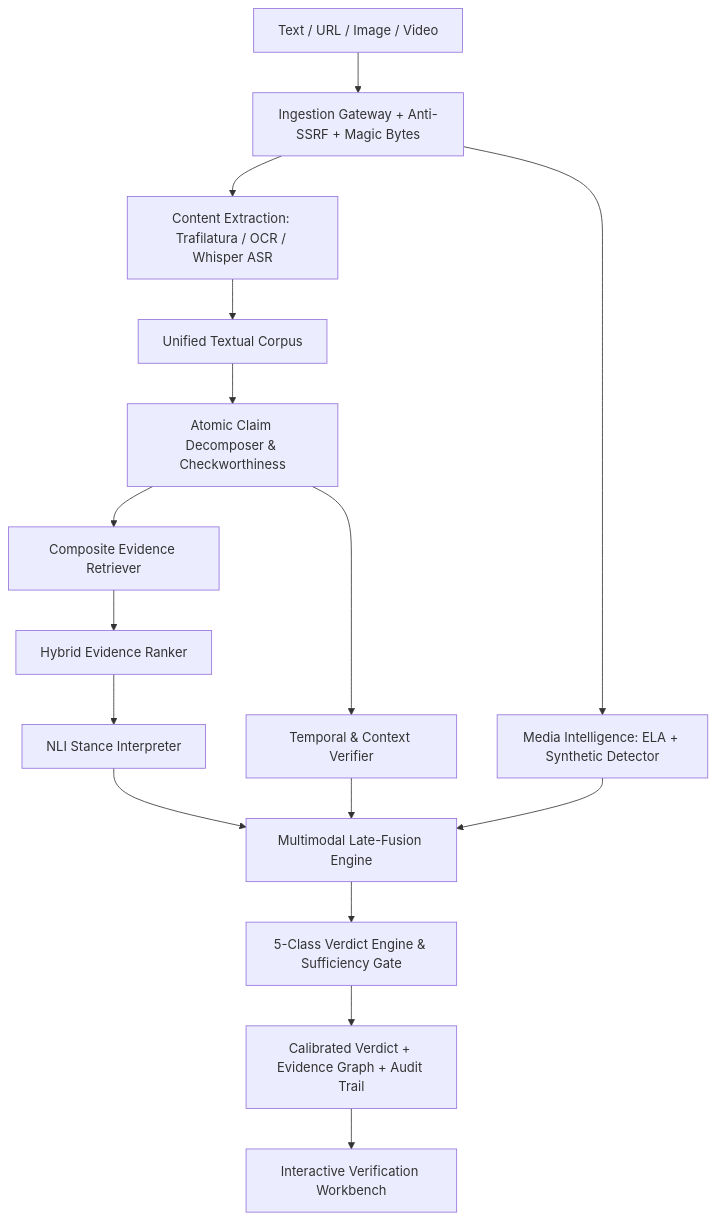
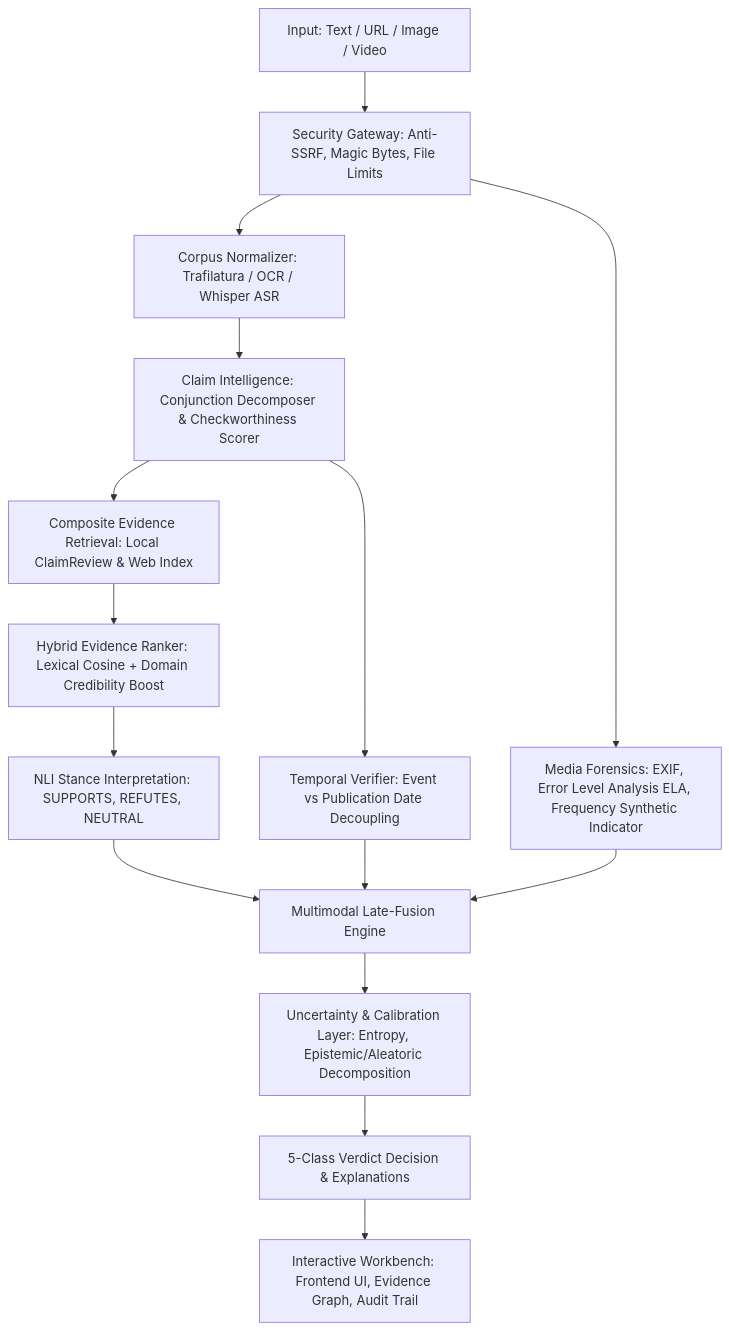
One commit to vkdevz/TruthLab_v2 changed the diagram in README.md. Above: the diagram before and after it, drawn with Mermaid. The commit also changed other lines of this file and 2 other files, not shown here.

````diff
--- a/README.md
+++ b/README.md
@@ -41,21 +67,20 @@
 ```mermaid
 flowchart TD
-    User[Text / URL / Image / Video] --> Ingest[Ingestion Gateway + Anti-SSRF + Magic Bytes]
-    Ingest --> Content[Content Extraction: Trafilatura / OCR / Whisper ASR]
-    Content --> Corpus[Unified Textual Corpus]
-    Corpus --> Claims[Atomic Claim Decomposer & Checkworthiness]
-    Claims --> Retrieve[Composite Evidence Retriever]
-    Retrieve --> Rank[Hybrid Evidence Ranker]
-    Rank --> NLI[NLI Stance Interpreter]
+    A[Input: Text / URL / Image / Video] --> B[Security Gateway: Anti-SSRF, Magic Bytes, File Limits]
+    B --> C[Corpus Normalizer: Trafilatura / OCR / Whisper ASR]
+    C --> D[Claim Intelligence: Conjunction Decomposer & Checkworthiness Scorer]
+    D --> E[Composite Evidence Retrieval: Local ClaimReview & Web Index]
+    E --> F[Hybrid Evidence Ranker: Lexical Cosine + Domain Credibility Boost]
+    F --> G[NLI Stance Interpretation: SUPPORTS, REFUTES, NEUTRAL]
     
-    Claims --> Temporal[Temporal & Context Verifier]
-    Ingest --> Forensics[Media Intelligence: ELA + Synthetic Detector]
+    D --> H[Temporal Verifier: Event vs Publication Date Decoupling]
+    B --> I[Media Forensics: EXIF, Error Level Analysis ELA, Frequency Synthetic Indicator]
     
-    NLI --> Fusion[Multimodal Late-Fusion Engine]
-    Temporal --> Fusion
-    Forensics --> Fusion
+    G --> J[Multimodal Late-Fusion Engine]
+    H --> J
+    I --> J
     
-    Fusion --> Verdict[5-Class Verdict Engine & Sufficiency Gate]
-    Verdict --> Explain[Calibrated Verdict + Evidence Graph + Audit Trail]
-    Explain --> UI[Interactive Verification Workbench]
+    J --> K[Uncertainty & Calibration Layer: Entropy, Epistemic/Aleatoric Decomposition]
+    K --> L[5-Class Verdict Decision & Explanations]
+    L --> M[Interactive Workbench: Frontend UI, Evidence Graph, Audit Trail]
 ```
````
